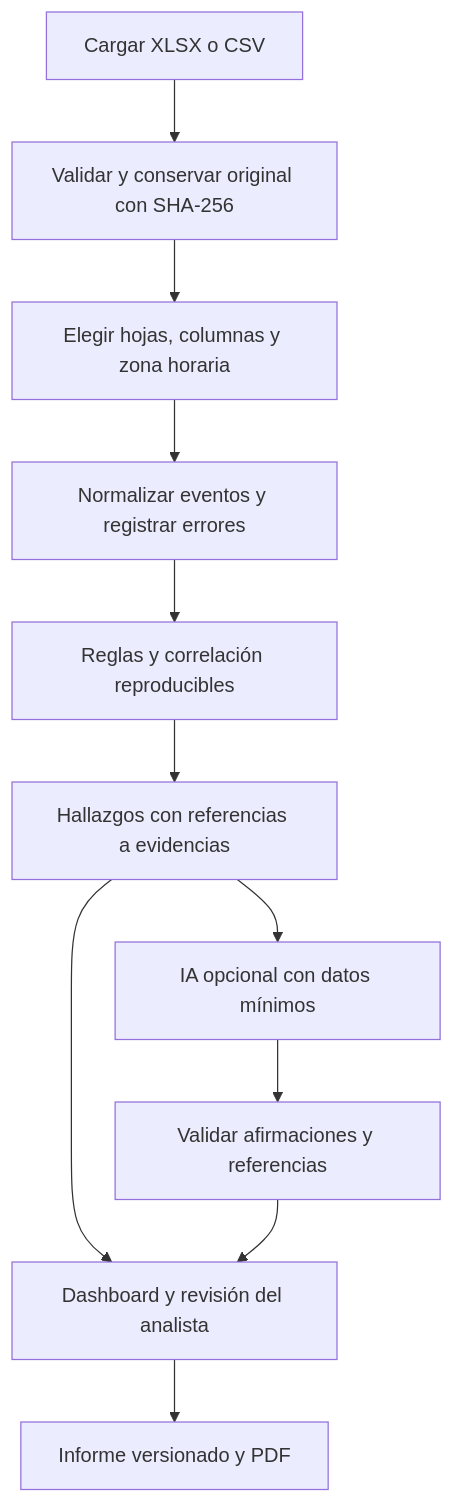
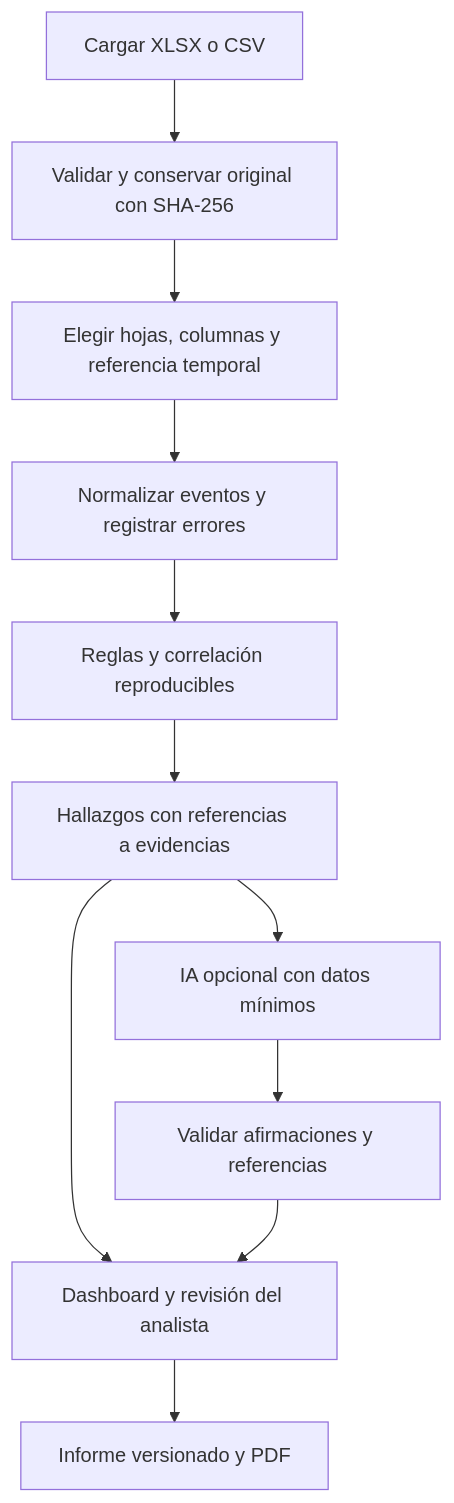
The diagram in docs/ARCHITECTURE.md (aequishpe2/soc-analyst-ai), drawn with Mermaid before and after one commit. The commit also changed other lines of this file and 24 other files, not shown here.

````diff
--- a/docs/ARCHITECTURE.md
+++ b/docs/ARCHITECTURE.md
@@ -31,13 +31,13 @@
 ```mermaid
 flowchart TD
     A[Cargar XLSX o CSV] --> B[Validar y conservar original con SHA-256]
-    B --> C[Elegir hojas, columnas y zona horaria]
+    B --> C[Elegir hojas, columnas y referencia temporal]
     C --> D[Normalizar eventos y registrar errores]
     D --> E[Reglas y correlación reproducibles]
     E --> F[Hallazgos con referencias a evidencias]
     F --> G[Dashboard y revisión del analista]
     F --> H[IA opcional con datos mínimos]
     H --> I[Validar afirmaciones y referencias]
     I --> G
     G --> J[Informe versionado y PDF]
 ```
````
